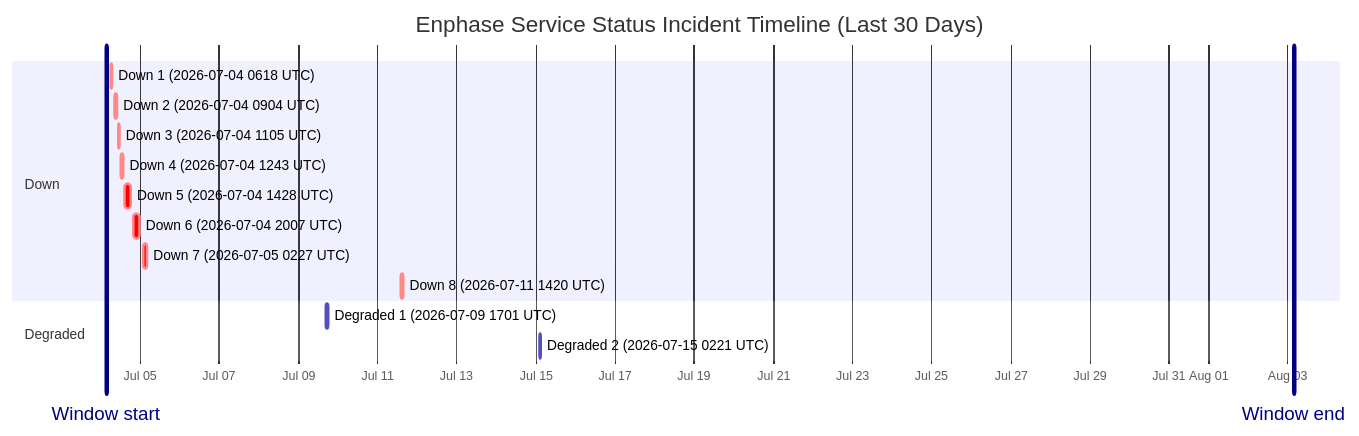
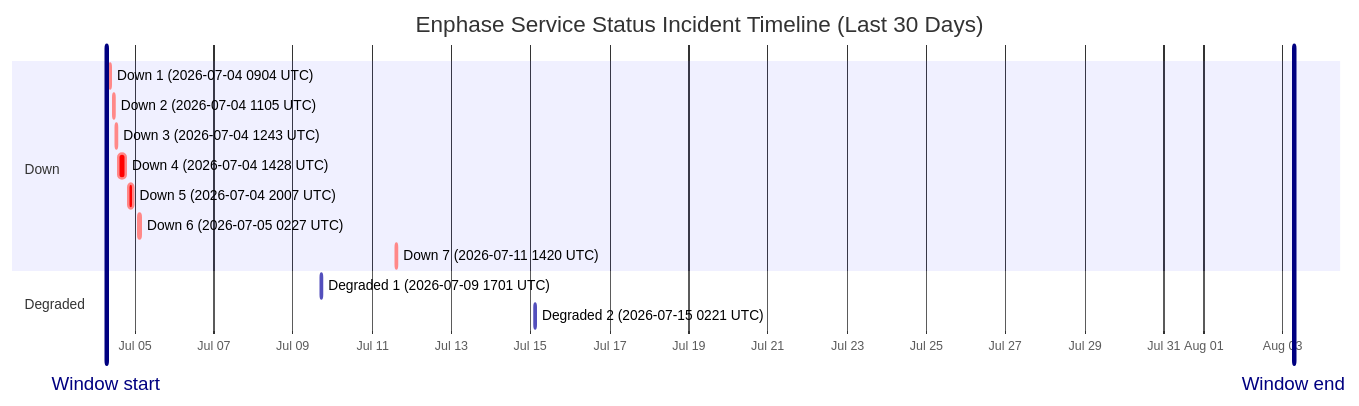
The diagram in wiki/Service-Status-History.md (barneyonline/ha-enphase-energy), drawn with Mermaid before and after one commit. The commit also changed other lines of this file and 3 other files, not shown here.

````diff
--- a/wiki/Service-Status-History.md
+++ b/wiki/Service-Status-History.md
@@ -14,20 +14,19 @@
 ```mermaid
 gantt
     title Enphase Service Status Incident Timeline (Last 30 Days)
     dateFormat  YYYY-MM-DDTHH:mm:ss
     axisFormat  %b %d
-    Window start :vert, window-start, 2026-07-04T03:27:25, 0ms
-    Window end :vert, window-end, 2026-08-03T03:27:25, 0ms
+    Window start :vert, window-start, 2026-07-04T06:44:36, 0ms
+    Window end :vert, window-end, 2026-08-03T06:44:36, 0ms
     section Down
-    Down 1 (2026-07-04 0618 UTC) :crit, down-1, 2026-07-04T06:18:09, 60m
-    Down 2 (2026-07-04 0904 UTC) :crit, down-2, 2026-07-04T09:04:41, 60m
-    Down 3 (2026-07-04 1105 UTC) :crit, down-3, 2026-07-04T11:05:21, 60m
-    Down 4 (2026-07-04 1243 UTC) :crit, down-4, 2026-07-04T12:43:25, 60m
-    Down 5 (2026-07-04 1428 UTC) :crit, down-5, 2026-07-04T14:28:07, 243m
-    Down 6 (2026-07-04 2007 UTC) :crit, down-6, 2026-07-04T20:07:50, 206m
-    Down 7 (2026-07-05 0227 UTC) :crit, down-7, 2026-07-05T02:27:32, 109m
-    Down 8 (2026-07-11 1420 UTC) :crit, down-8, 2026-07-11T14:20:54, 69m
+    Down 1 (2026-07-04 0904 UTC) :crit, down-1, 2026-07-04T09:04:41, 60m
+    Down 2 (2026-07-04 1105 UTC) :crit, down-2, 2026-07-04T11:05:21, 60m
+    Down 3 (2026-07-04 1243 UTC) :crit, down-3, 2026-07-04T12:43:25, 60m
+    Down 4 (2026-07-04 1428 UTC) :crit, down-4, 2026-07-04T14:28:07, 243m
+    Down 5 (2026-07-04 2007 UTC) :crit, down-5, 2026-07-04T20:07:50, 206m
+    Down 6 (2026-07-05 0227 UTC) :crit, down-6, 2026-07-05T02:27:32, 109m
+    Down 7 (2026-07-11 1420 UTC) :crit, down-7, 2026-07-11T14:20:54, 69m
     section Degraded
     Degraded 1 (2026-07-09 1701 UTC) :active, degraded-1, 2026-07-09T17:01:02, 60m
     Degraded 2 (2026-07-15 0221 UTC) :active, degraded-2, 2026-07-15T02:21:35, 60m
 ```
````
